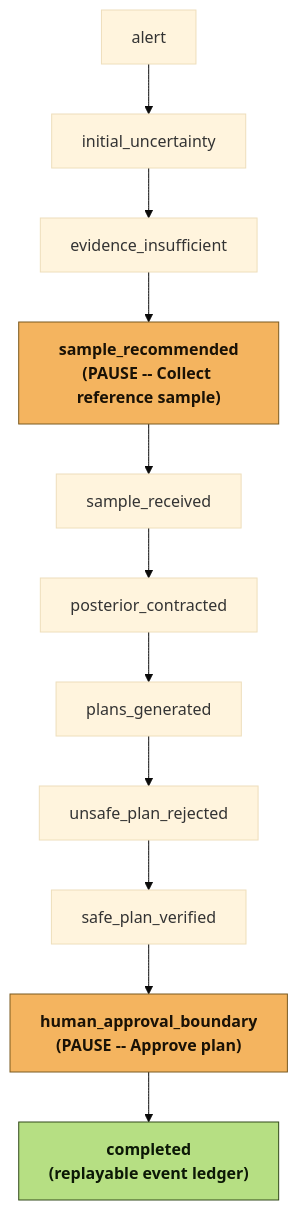
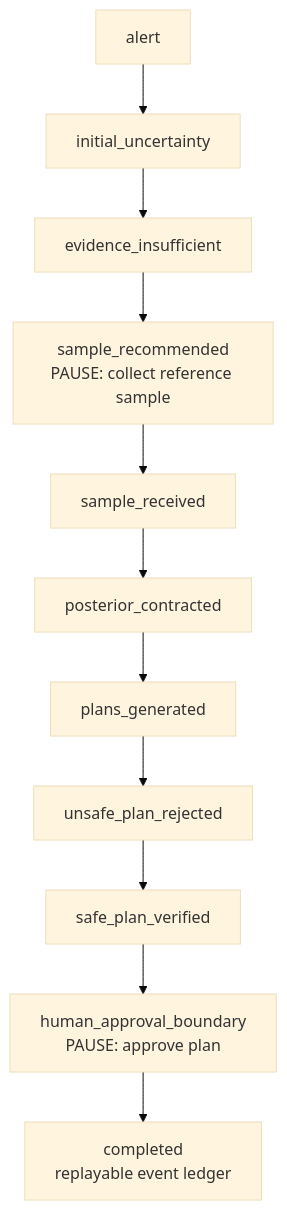
One commit to insightlabs38-pixel/HydroSwarm changed the diagram in docs/REFERENCE_DEMO.md. Above: the diagram before and after it, drawn with Mermaid (base theme). The commit also changed other lines of this file and 14 other files, not shown here.

````diff
--- a/docs/REFERENCE_DEMO.md
+++ b/docs/REFERENCE_DEMO.md
@@ -27,18 +23,13 @@
 ```mermaid
 flowchart TD
   M0["alert"] --> M1["initial_uncertainty"]
   M1 --> M2["evidence_insufficient"]
-  M2 --> M3["sample_recommended\n(PAUSE -- Collect reference sample)"]
+  M2 --> M3["sample_recommended<br/>PAUSE: collect reference sample"]
   M3 --> M4["sample_received"]
   M4 --> M5["posterior_contracted"]
   M5 --> M6["plans_generated"]
   M6 --> M7["unsafe_plan_rejected"]
   M7 --> M8["safe_plan_verified"]
-  M8 --> M9["human_approval_boundary\n(PAUSE -- Approve plan)"]
-  M9 --> M10["completed\n(replayable event ledger)"]
-
-  classDef pause fill:#f4b45f,stroke:#7a5a20,color:#1a1206,font-weight:bold;
-  classDef done fill:#b6df83,stroke:#324a1a,color:#0c1806,font-weight:bold;
-  class M3,M9 pause;
-  class M10 done;
+  M8 --> M9["human_approval_boundary<br/>PAUSE: approve plan"]
+  M9 --> M10["completed<br/>replayable event ledger"]
 ```
````
